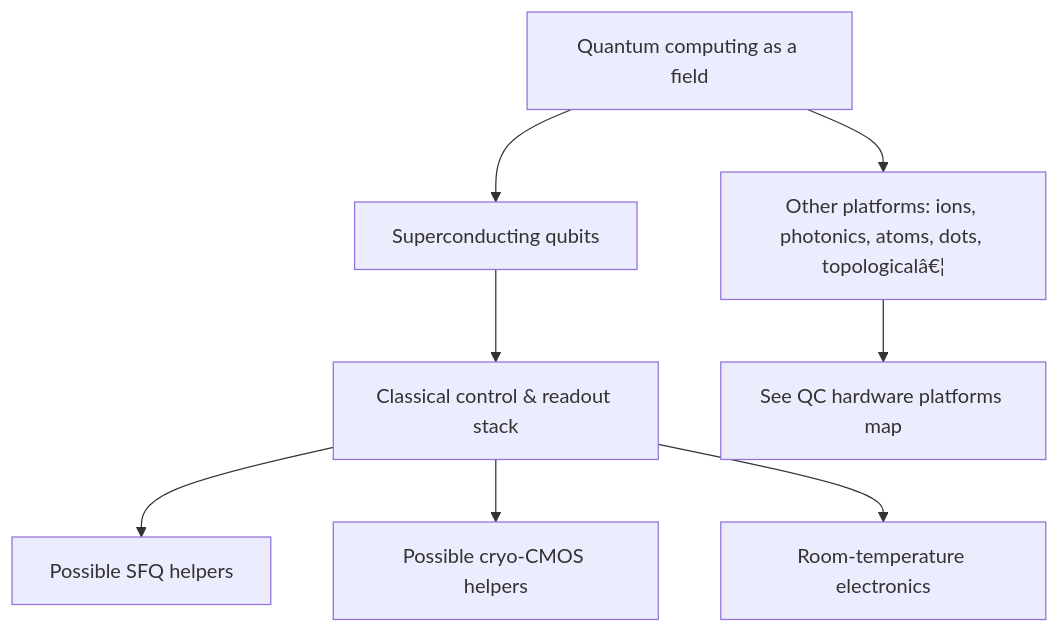
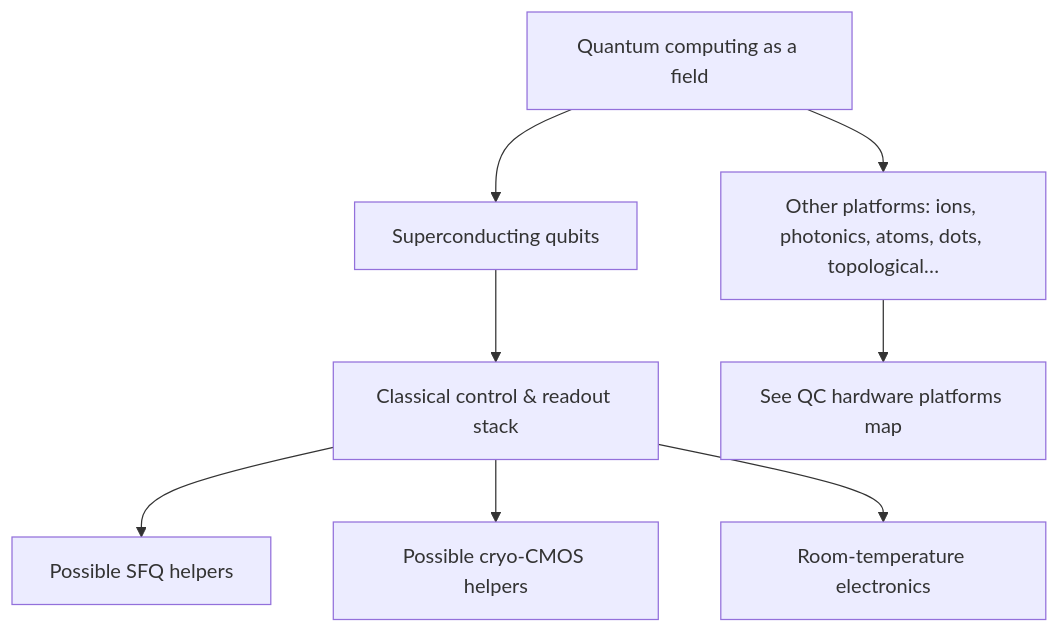
Before and after one commit to Single-Flux-Quantum/sfq-learn-public: the diagram in docs/fundamentals/fields/superconducting-qubits-and-quantum-computing.md, drawn with Mermaid. The commit also changed other lines of this file and 39 other files, not shown here.

````diff
--- a/docs/fundamentals/fields/superconducting-qubits-and-quantum-computing.md
+++ b/docs/fundamentals/fields/superconducting-qubits-and-quantum-computing.md
@@ -38,11 +38,11 @@
 ```mermaid
 flowchart TD
   QC[Quantum computing as a field]
   QC --> SC[Superconducting qubits]
-  QC --> Other[Other platforms: ions, photonics, atoms, dots, topologicalâ€¦]
+  QC --> Other[Other platforms: ions, photonics, atoms, dots, topological…]
   SC --> Ctrl[Classical control & readout stack]
   Ctrl --> SFQh[Possible SFQ helpers]
   Ctrl --> CMOSh[Possible cryo-CMOS helpers]
   Ctrl --> RT[Room-temperature electronics]
   Other --> Map[See QC hardware platforms map]
 ```
````
